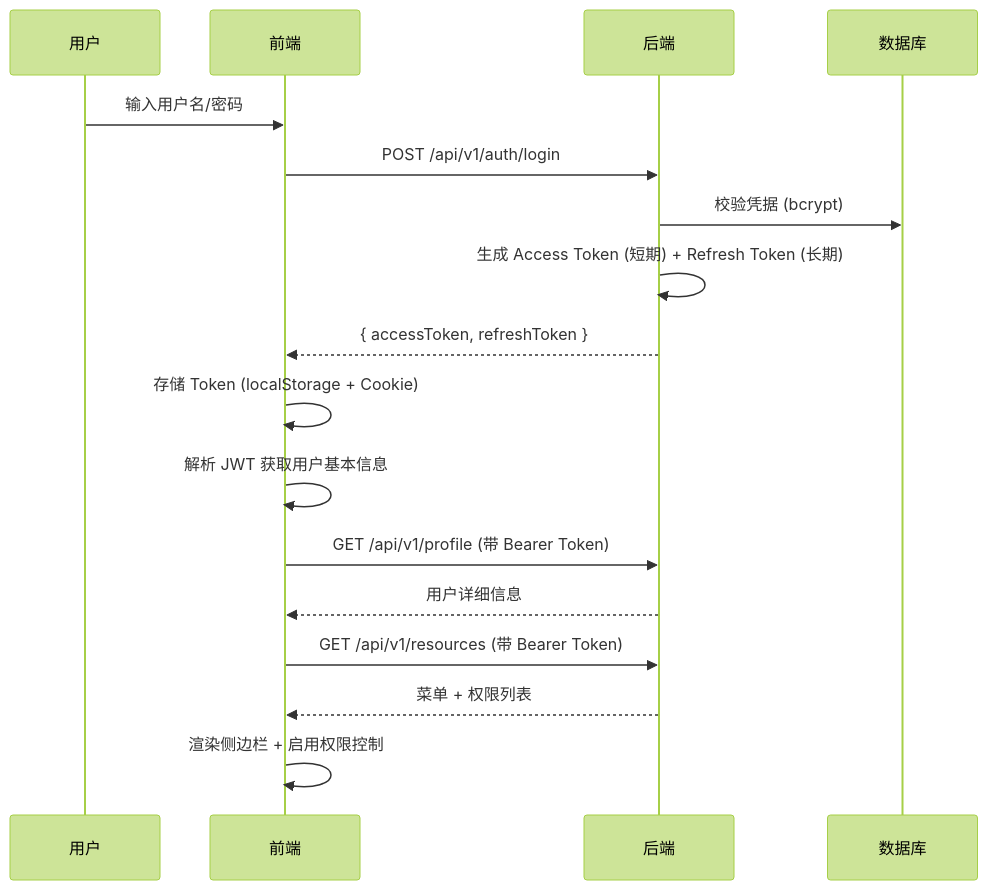
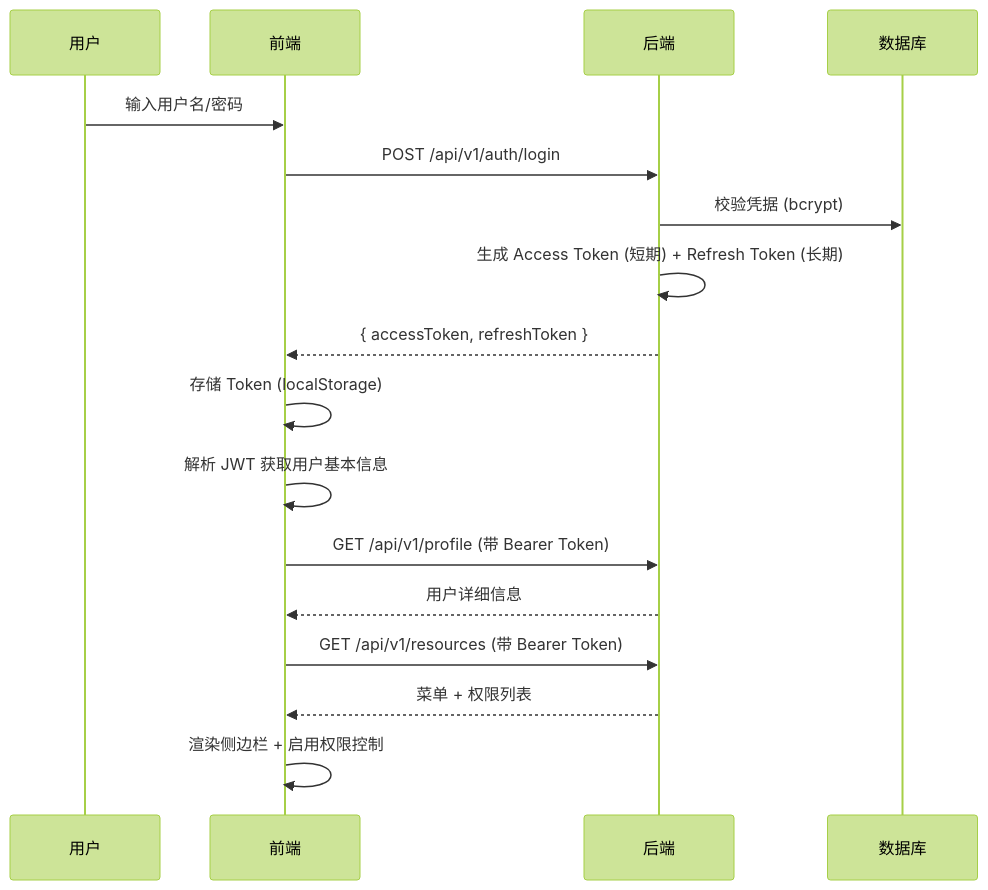
Before and after one commit to ahaodev/shadmin: the third of 3 diagrams in docs/getting-started/architecture.zh.md, drawn with Mermaid (forest theme). The commit also changed other lines of this file and 1 other file, not shown here.

````diff
--- a/docs/getting-started/architecture.zh.md
+++ b/docs/getting-started/architecture.zh.md
@@ -233,20 +233,20 @@
 ```mermaid
 sequenceDiagram
     participant U as 用户
     participant FE as 前端
     participant BE as 后端
     participant DB as 数据库
 
     U->>FE: 输入用户名/密码
     FE->>BE: POST /api/v1/auth/login
     BE->>DB: 校验凭据 (bcrypt)
     BE->>BE: 生成 Access Token (短期) + Refresh Token (长期)
     BE-->>FE: { accessToken, refreshToken }
-    FE->>FE: 存储 Token (localStorage + Cookie)
+    FE->>FE: 存储 Token (localStorage)
     FE->>FE: 解析 JWT 获取用户基本信息
     FE->>BE: GET /api/v1/profile (带 Bearer Token)
     BE-->>FE: 用户详细信息
     FE->>BE: GET /api/v1/resources (带 Bearer Token)
     BE-->>FE: 菜单 + 权限列表
     FE->>FE: 渲染侧边栏 + 启用权限控制
 ```
````
